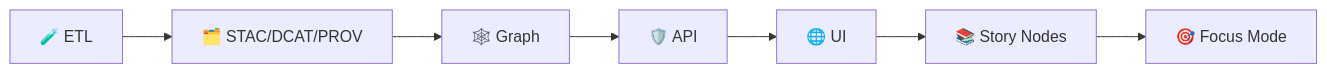
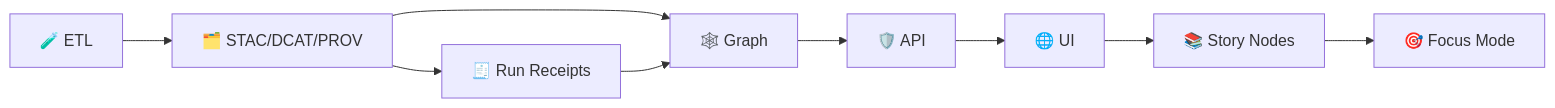
One commit to bartytime4life/Kansas-Frontier-Matrix changed the diagram in tests/README.md. Above: the diagram before and after it, drawn with Mermaid. The commit also changed other lines of this file, not shown here.

````diff
--- a/tests/README.md
+++ b/tests/README.md
@@ -260,9 +327,11 @@
 ```mermaid
 flowchart LR
   A[🧪 ETL] --> B[🗂️ STAC/DCAT/PROV]
   B --> C[🕸️ Graph]
   C --> D[🛡️ API]
   D --> E[🌐 UI]
   E --> F[📚 Story Nodes]
   F --> G[🎯 Focus Mode]
+  B --> R[🧾 Run Receipts]
+  R --> C
 ```
````
